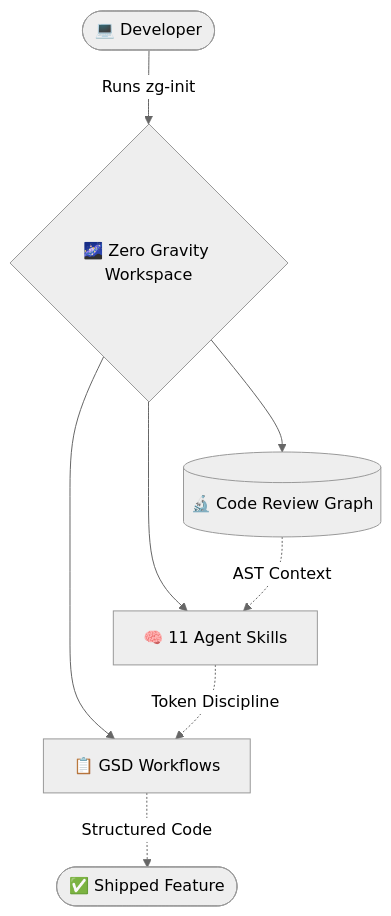
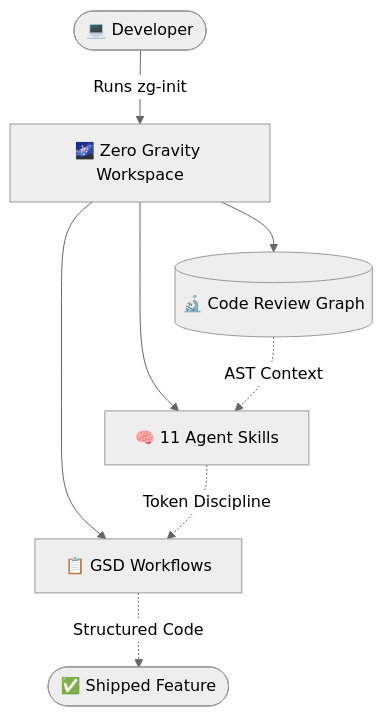
Before and after one commit to Siddiqahmed26/zero-gravity-dev: the diagram in README.md, drawn with Mermaid (neutral theme). The commit also changed other lines of this file, not shown here.

Commit message:
docs: clarify global vs per-project setup steps to prevent user confusion

````diff
--- a/README.md
+++ b/README.md
@@ -27,12 +27,12 @@
 ```mermaid
 flowchart TD
-    User([💻 Developer]) -->|Runs zg-init| ZG{🌌 Zero Gravity Workspace}
+    User([💻 Developer]) -->|Runs zg-init| ZG[🌌 Zero Gravity Workspace]
     
     ZG --> CRG[(🔬 Code Review Graph)]
     ZG --> Skills[🧠 11 Agent Skills]
     ZG --> GSD[📋 GSD Workflows]
     
     CRG -.->|AST Context| Skills
     Skills -.->|Token Discipline| GSD
     GSD -.->|Structured Code| Shipped([✅ Shipped Feature])
 ```
````
